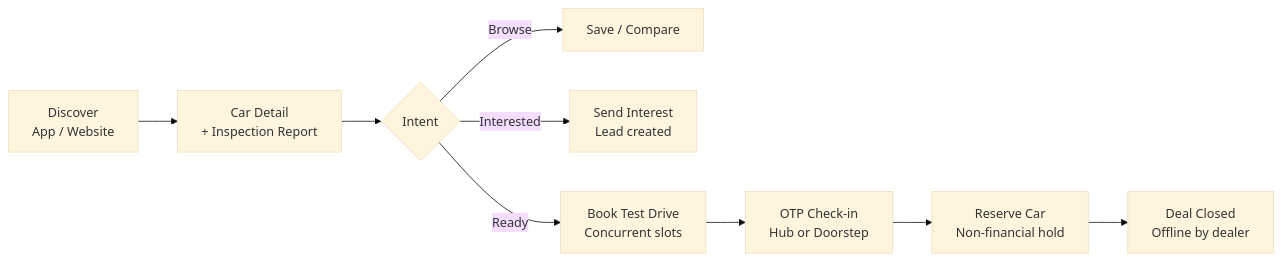
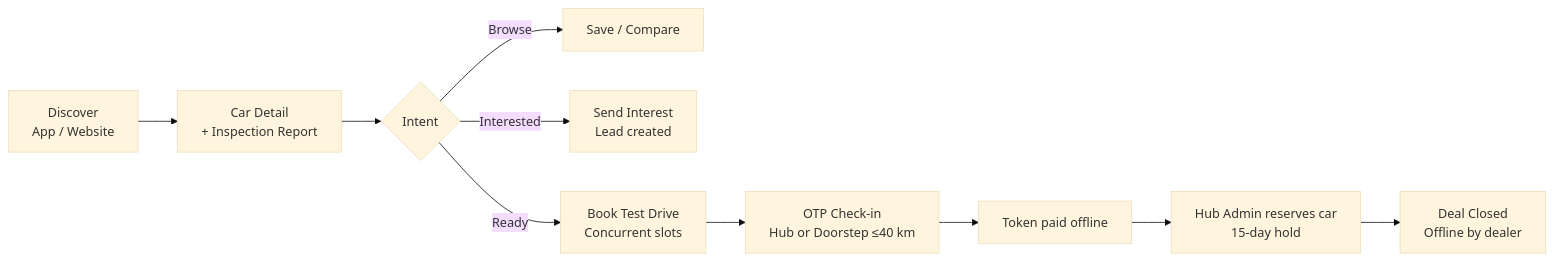
One commit to NiladriPadhy/AssureCars changed the first of 3 diagrams in README.md. Above: the diagram before and after it, drawn with Mermaid (base theme). The commit also changed other lines of this file and 6 other files, not shown here.

````diff
--- a/README.md
+++ b/README.md
@@ -43,11 +43,12 @@
 ```mermaid
 flowchart LR
     A[Discover<br/>App / Website] --> B[Car Detail<br/>+ Inspection Report]
     B --> C{Intent}
     C -->|Browse| D[Save / Compare]
     C -->|Interested| E[Send Interest<br/>Lead created]
     C -->|Ready| F[Book Test Drive<br/>Concurrent slots]
-    F --> G[OTP Check-in<br/>Hub or Doorstep]
-    G --> H[Reserve Car<br/>Non-financial hold]
+    F --> G[OTP Check-in<br/>Hub or Doorstep ≤40 km]
+    G --> J[Token paid offline]
+    J --> H[Hub Admin reserves car<br/>15-day hold]
     H --> I[Deal Closed<br/>Offline by dealer]
 ```
````
